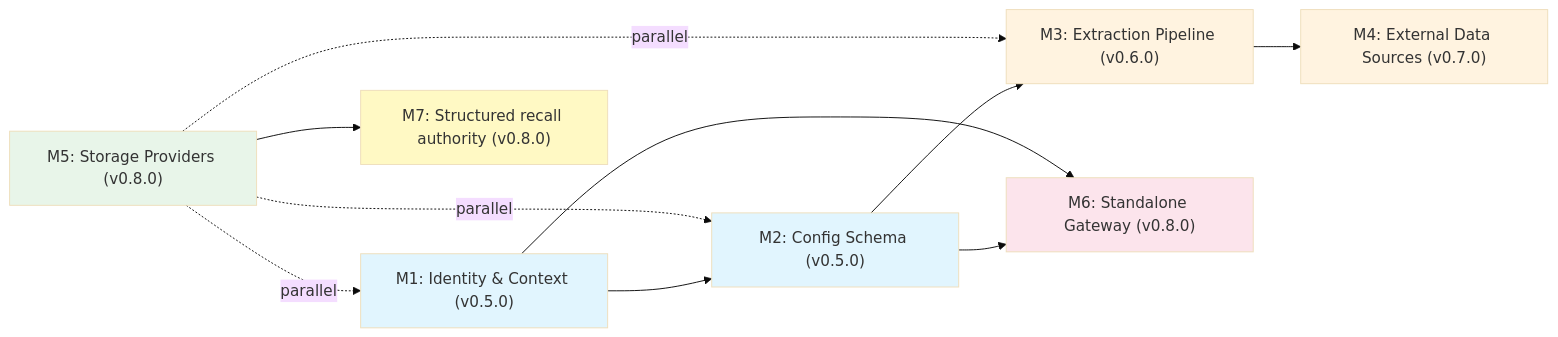
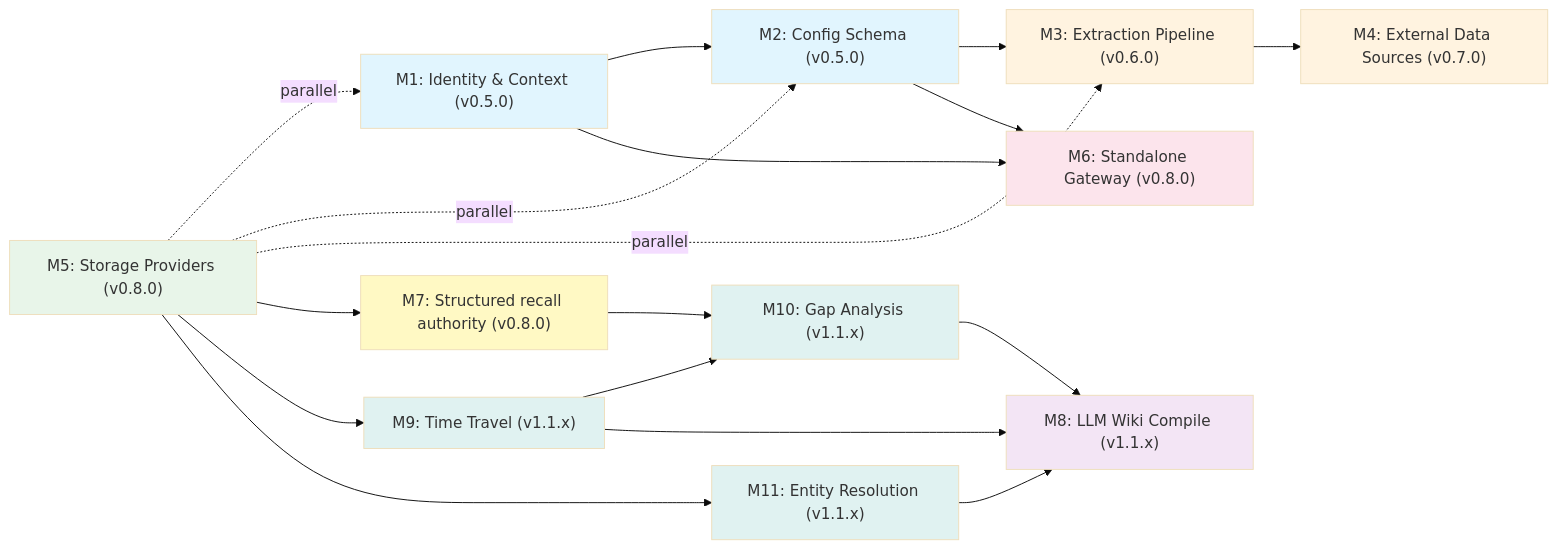
One commit to AstrocyteAI/astrocyte changed the diagram in docs/_design/product-roadmap-v1.md. Above: the diagram before and after it, drawn with Mermaid (base theme). The commit also changed other lines of this file and 5 other files, not shown here.

````diff
--- a/docs/_design/product-roadmap-v1.md
+++ b/docs/_design/product-roadmap-v1.md
@@ -354,20 +436,31 @@
 ```mermaid
 graph LR
     M1["M1: Identity & Context (v0.5.0)"] --> M2["M2: Config Schema (v0.5.0)"]
     M2 --> M3["M3: Extraction Pipeline (v0.6.0)"]
     M2 --> M6["M6: Standalone Gateway (v0.8.0)"]
     M3 --> M4["M4: External Data Sources (v0.7.0)"]
     M1 --> M6
     M5["M5: Storage Providers (v0.8.0)"] -.->|parallel| M1
     M5 -.->|parallel| M2
     M5 -.->|parallel| M3
     M5 --> M7["M7: Structured recall authority (v0.8.0)"]
+    M5 --> M9["M9: Time Travel (v1.1.x)"]
+    M7 --> M10["M10: Gap Analysis (v1.1.x)"]
+    M9 --> M10
+    M5 --> M11["M11: Entity Resolution (v1.1.x)"]
+    M9 --> M8["M8: LLM Wiki Compile (v1.1.x)"]
+    M10 --> M8
+    M11 --> M8
 
     style M1 fill:#e1f5fe
     style M2 fill:#e1f5fe
     style M3 fill:#fff3e0
     style M4 fill:#fff3e0
     style M5 fill:#e8f5e9
     style M6 fill:#fce4ec
     style M7 fill:#fff9c4
+    style M8 fill:#f3e5f5
+    style M9 fill:#e0f2f1
+    style M10 fill:#e0f2f1
+    style M11 fill:#e0f2f1
 ```
````
